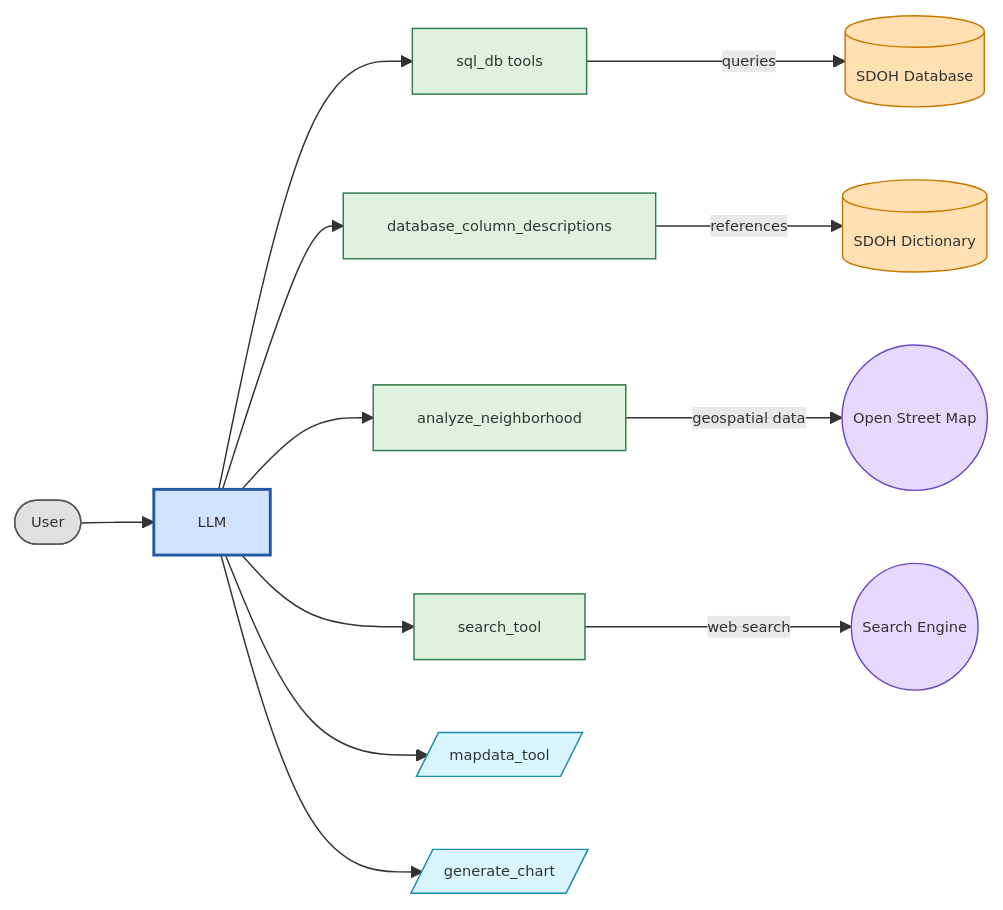
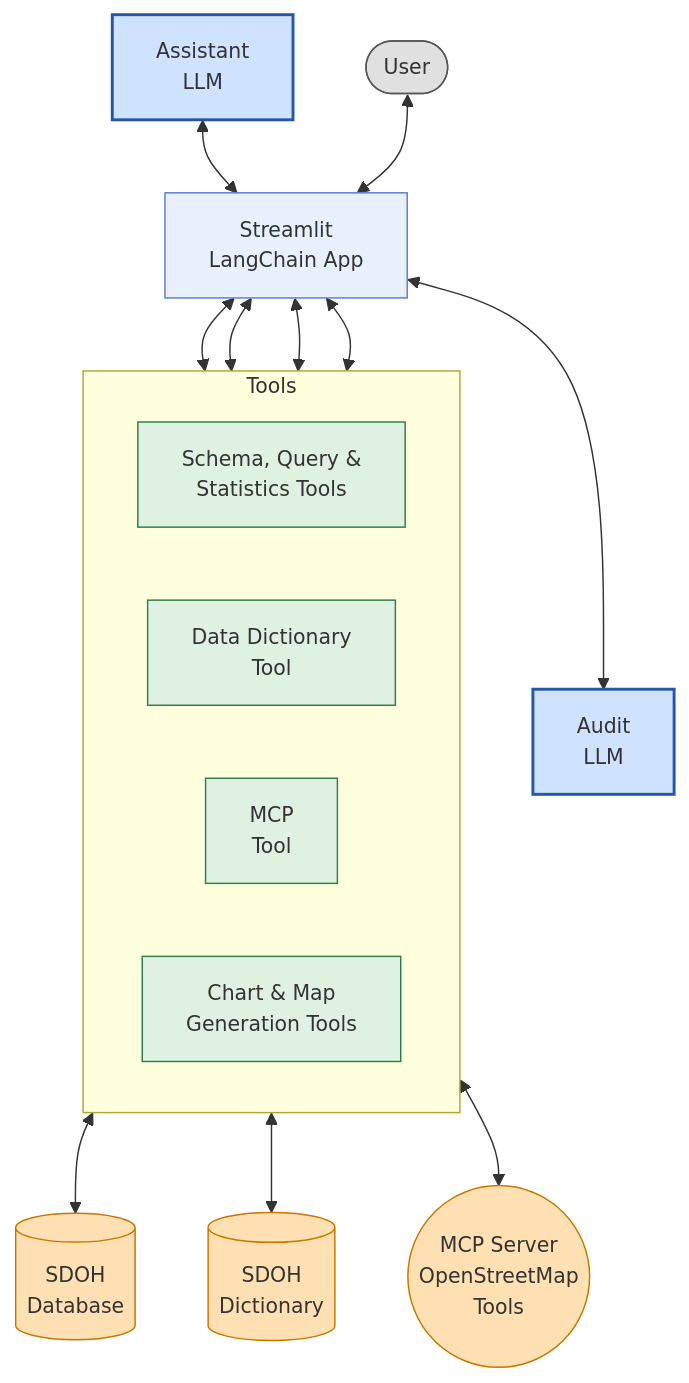
One commit to SocialHealthAI/SDoH-Data-Analytics-Assistant changed the second of 2 diagrams in documentation/architecture.md. Above: the diagram before and after it, drawn with Mermaid. The commit also changed other lines of this file, not shown here.

Commit message:
Update architecture.md
Revise diagram

````diff
--- a/documentation/architecture.md
+++ b/documentation/architecture.md
@@ -64,57 +65,59 @@
 ```mermaid
-%%{init: { "themeVariables": { "fontSize": "10px" } }}%%
-graph LR
+%%{init: { 
+  "themeVariables": { 
+    "fontSize": "14px",
+    "nodeSpacing": 28,
+    "rankSpacing": 50
+  } 
+}}%%
+graph TB
 
-%% Nodes
+%% --- Core vertical governance stack ---
+AssistantLLM["Assistant<br/>LLM"]
+App["Streamlit<br/>LangChain App"]
+AuditLLM["Audit<br/>LLM"]
+
+AssistantLLM <--> App
+App <--> AuditLLM
+
+%% --- User (close to app, no container) ---
 User(["User"])
-LLM["LLM"]
+User <--> App
 
-SchemaQueryTools["sql_db tools"]
-DataDictionaryTool["database_column_descriptions"]
-OSMTool["analyze_neighborhood"]
-SearchTool["search_tool"]
+%% --- Tools container (rightward fan-out) ---
+subgraph Tools["Tools"]
+direction LR
+SchemaQueryTools["Schema, Query &<br/>Statistics Tools"]
+DataDictionaryTool["Data Dictionary<br/>Tool"]
+MCPTool["MCP<br/>Tool"]
+ChartMapTools["Chart & Map<br/>Generation Tools"]
+end
 
-MapTool[/"mapdata_tool"/]
-ChartTool[/"generate_chart"/]
+App <--> SchemaQueryTools
+App <--> DataDictionaryTool
+App <--> MCPTool
+App <--> ChartMapTools
 
-SDOHDatabase[("SDOH Database")]
-SDOHDictionary[("SDOH Dictionary")]
+%% --- Data sources ---
+SDOHDatabase[("SDOH<br/>Database")]
+SDOHDictionary[("SDOH<br/>Dictionary")]
+OpenStreetMap(("MCP Server<br/>OpenStreetMap<br/>Tools"))
 
-OpenStreetMap(("Open Street Map"))
-SearchEngine(("Search Engine"))
+SchemaQueryTools <--> SDOHDatabase
+DataDictionaryTool <--> SDOHDictionary
+MCPTool <--> OpenStreetMap
 
-%% Flow
-User --> LLM
-
-LLM --> SchemaQueryTools
-LLM --> DataDictionaryTool
-LLM --> OSMTool
-LLM --> SearchTool
-LLM --> MapTool
-LLM --> ChartTool
-
-SchemaQueryTools -- "queries" --> SDOHDatabase
-DataDictionaryTool -- "references" --> SDOHDictionary
-OSMTool -- "geospatial data" --> OpenStreetMap
-SearchTool -- "web search" --> SearchEngine
-
-%% Classes
-class User user;
-class LLM llm;
-
-class SchemaQueryTools,DataDictionaryTool,OSMTool,SearchTool tools;
-class MapTool,ChartTool output;
-
-class SDOHDatabase,SDOHDictionary data;
-class OpenStreetMap,SearchEngine internet;
-
-%% Styles
+%% --- Styles ---
 classDef user fill:#E0E0E0,stroke:#555,stroke-width:1px;
+classDef app fill:#E8F0FE,stroke:#5B7BD5,stroke-width:1px;
 classDef llm fill:#CFE2FF,stroke:#2457A6,stroke-width:2px;
-
 classDef tools fill:#DFF2E1,stroke:#2F7D4C,stroke-width:1px;
 classDef data fill:#FFE0B2,stroke:#C77700,stroke-width:1px;
 
-classDef internet fill:#E6D9FF,stroke:#6A4BC4,stroke-width:1px;
-classDef output fill:#D9F6FF,stroke:#1B8CA6,stroke-width:1px;
+class User user;
+class App app;
+class AssistantLLM,AuditLLM llm;
+class SchemaQueryTools,DataDictionaryTool,MCPTool,ChartMapTools tools;
+class SDOHDatabase,SDOHDictionary,OpenStreetMap data;
+
 ```
````
